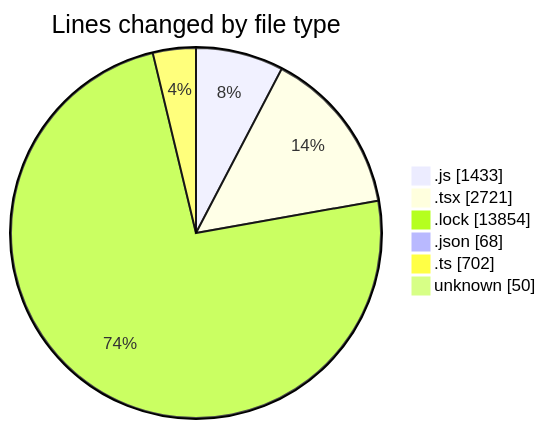
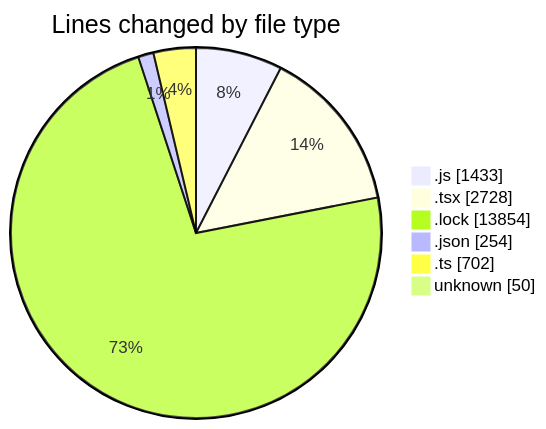
One commit to momahboobian/code-tracking changed the first of 2 diagrams in 2026-06-16/cda/README.md. Above: the diagram before and after it, drawn with Mermaid. The commit also changed other lines of this file and 1 other file, not shown here.

````diff
--- a/2026-06-16/cda/README.md
+++ b/2026-06-16/cda/README.md
@@ -42,10 +43,10 @@
 ```mermaid
 pie showData
 title Lines changed by file type
 ".js" : 1433
-".tsx" : 2721
+".tsx" : 2728
 ".lock" : 13854
-".json" : 68
+".json" : 254
 ".ts" : 702
 "unknown" : 50
 ```
````
